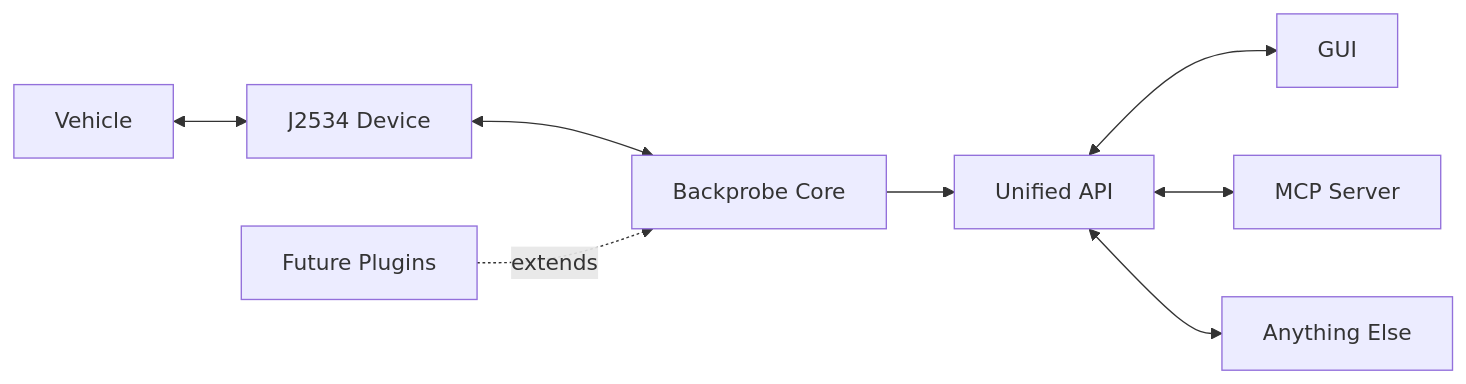
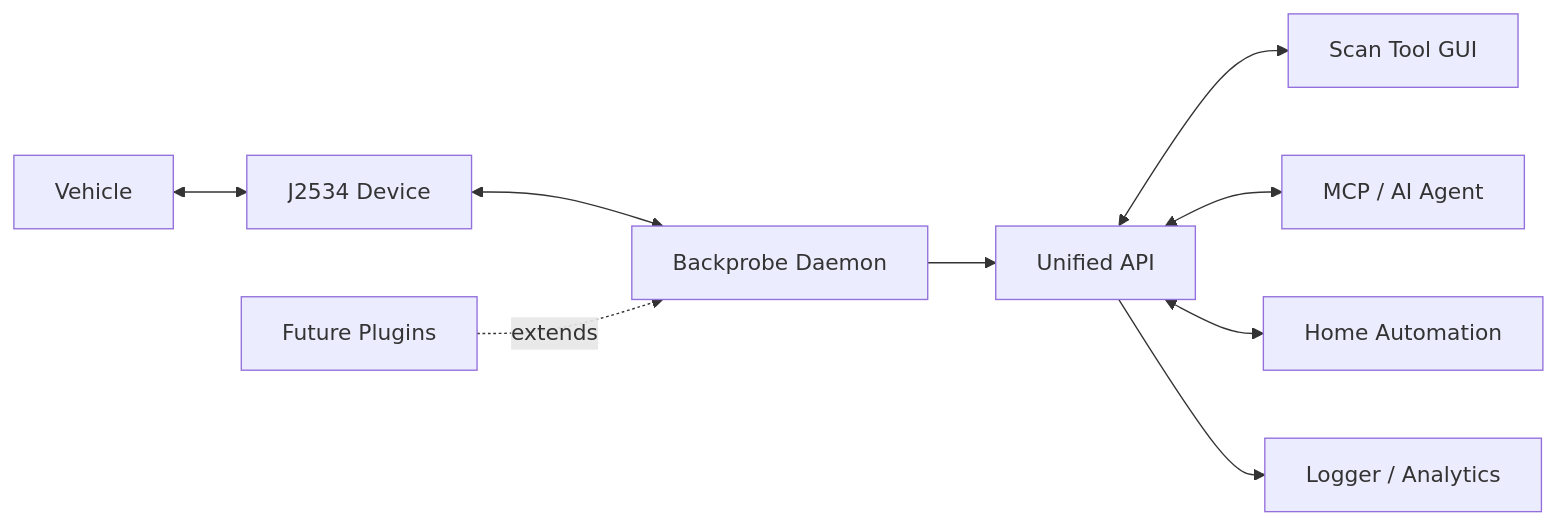
The diagram in README.md (BackProbeRichard/Backprobe), drawn with Mermaid before and after one commit. The commit also changed other lines of this file and 2 other files, not shown here.

````diff
--- a/README.md
+++ b/README.md
@@ -13,10 +12,11 @@
 ```mermaid
 flowchart LR
     V[Vehicle] <--> T[J2534 Device]
-    T <--> C[Backprobe Core]
-    P[Future Plugins] -. extends .-> C
-    C --> API[Unified API]
-    API <--> G[GUI]
-    API <--> MCP[MCP Server]
-    API <--> X[Anything Else]
+    T <--> D[Backprobe Daemon]
+    P[Future Plugins] -. extends .-> D
+    D --> API[Unified API]
+    API <--> G[Scan Tool GUI]
+    API <--> MCP[MCP / AI Agent]
+    API <--> HA[Home Automation]
+    API --> L[Logger / Analytics]
 ```
````
